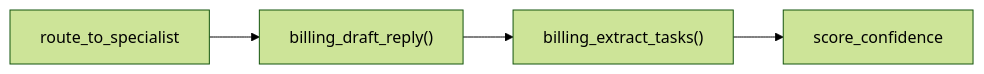
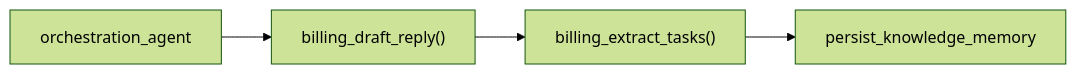
One commit to Samurai493/InboxPilotAI changed the seventh of 10 diagrams in backend/docs/STATE_GRAPHS.md. Above: the diagram before and after it, drawn with Mermaid (forest theme). The commit also changed other lines of this file and 30 other files, not shown here.

Commit message:
Added Knowledge Graphs, LLM token usage, persistent processed results

````diff
--- a/backend/docs/STATE_GRAPHS.md
+++ b/backend/docs/STATE_GRAPHS.md
@@ -100,6 +103,6 @@
 ```mermaid
 flowchart LR
-    route_to_specialist --> billing_draft["billing_draft_reply()"]
+    orchestration_agent --> billing_draft["billing_draft_reply()"]
     billing_draft --> billing_extract["billing_extract_tasks()"]
-    billing_extract --> score_confidence
+    billing_extract --> persist_knowledge_memory
 ```
````
